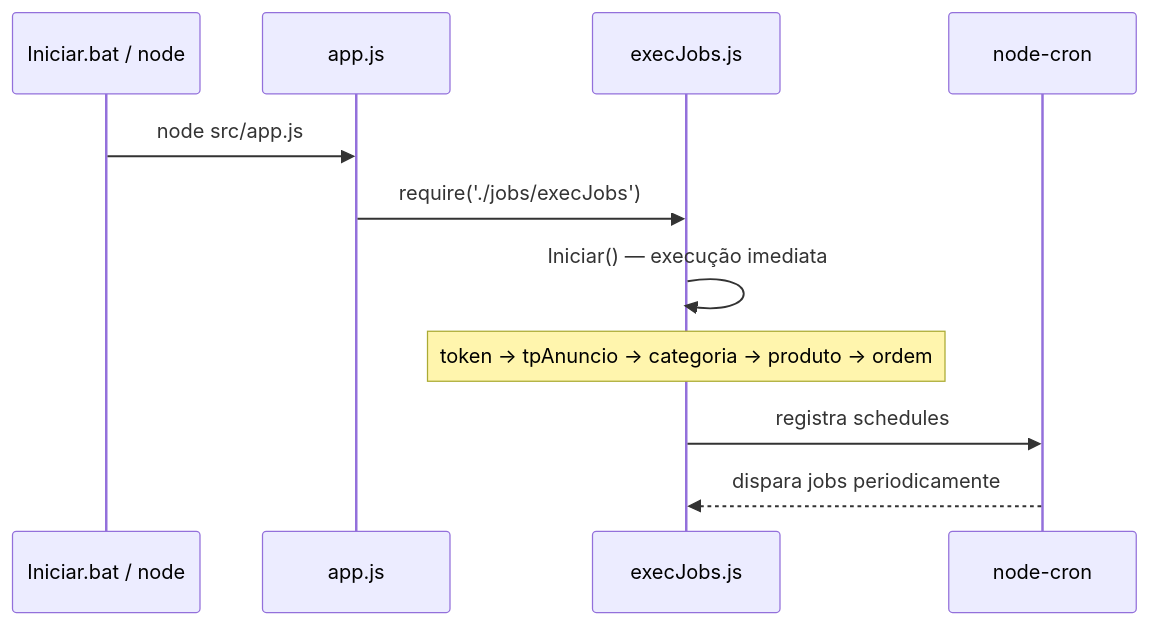
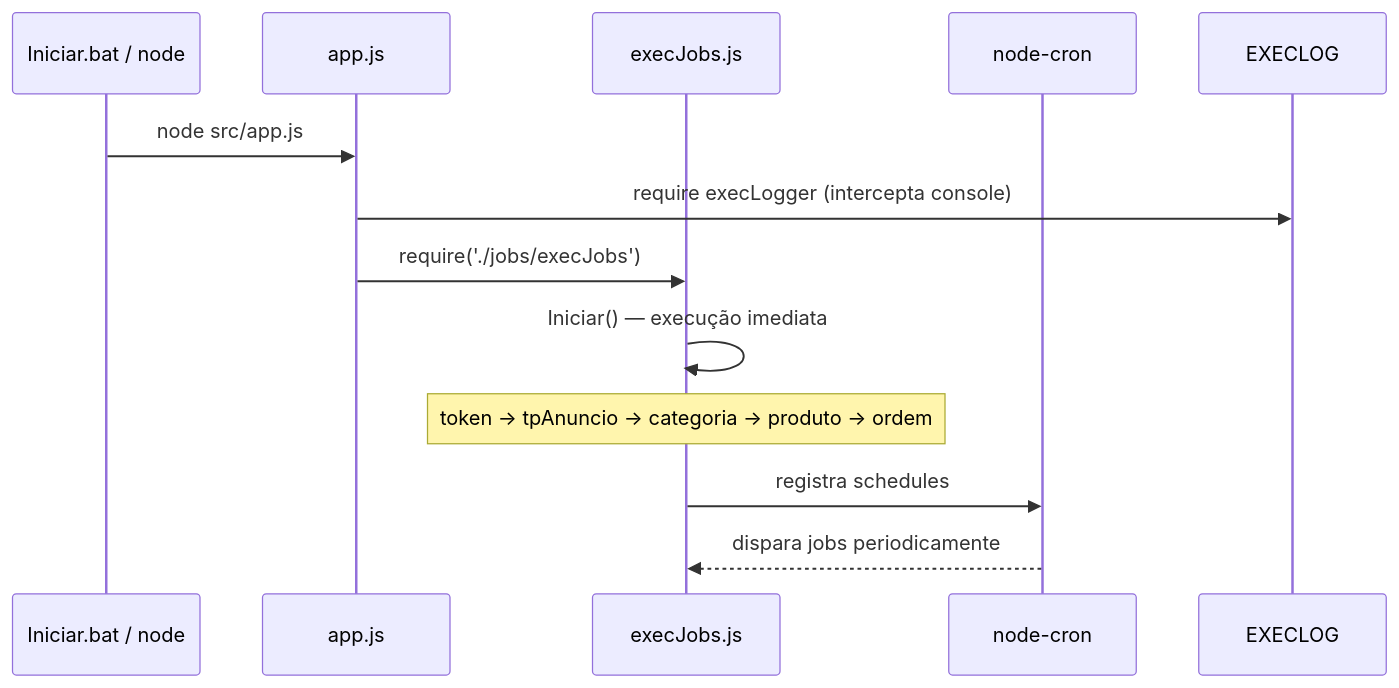
The second of 7 diagrams in .cursor/docs/ARQUITETURA.md (AfonsoJunior13/avvante-mercadolivre), drawn with Mermaid before and after one commit. The commit also changed other lines of this file and 30 other files, not shown here.

````diff
--- a/.cursor/docs/ARQUITETURA.md
+++ b/.cursor/docs/ARQUITETURA.md
@@ -63,14 +69,15 @@
 ```mermaid
 sequenceDiagram
     participant BAT as Iniciar.bat / node
     participant APP as app.js
     participant JOB as execJobs.js
     participant CRON as node-cron
 
     BAT->>APP: node src/app.js
+    APP->>EXECLOG: require execLogger (intercepta console)
     APP->>JOB: require('./jobs/execJobs')
     JOB->>JOB: Iniciar() — execução imediata
     Note over JOB: token → tpAnuncio → categoria → produto → ordem
     JOB->>CRON: registra schedules
     CRON-->>JOB: dispara jobs periodicamente
 ```
````
